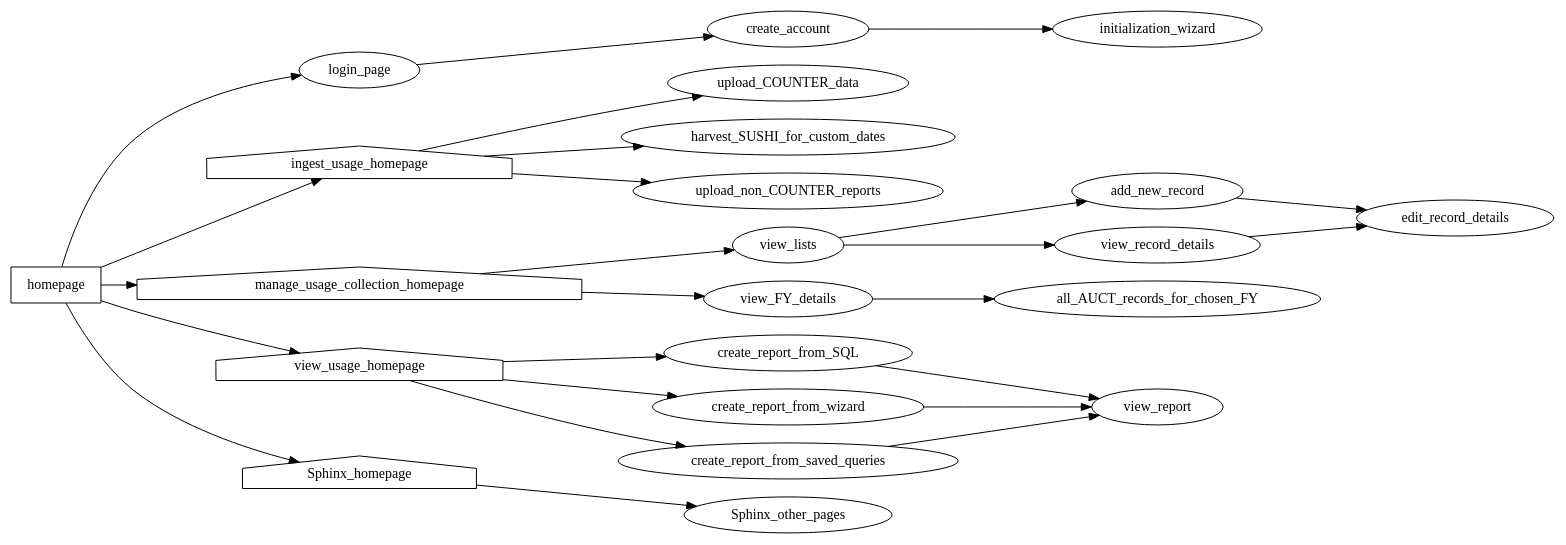
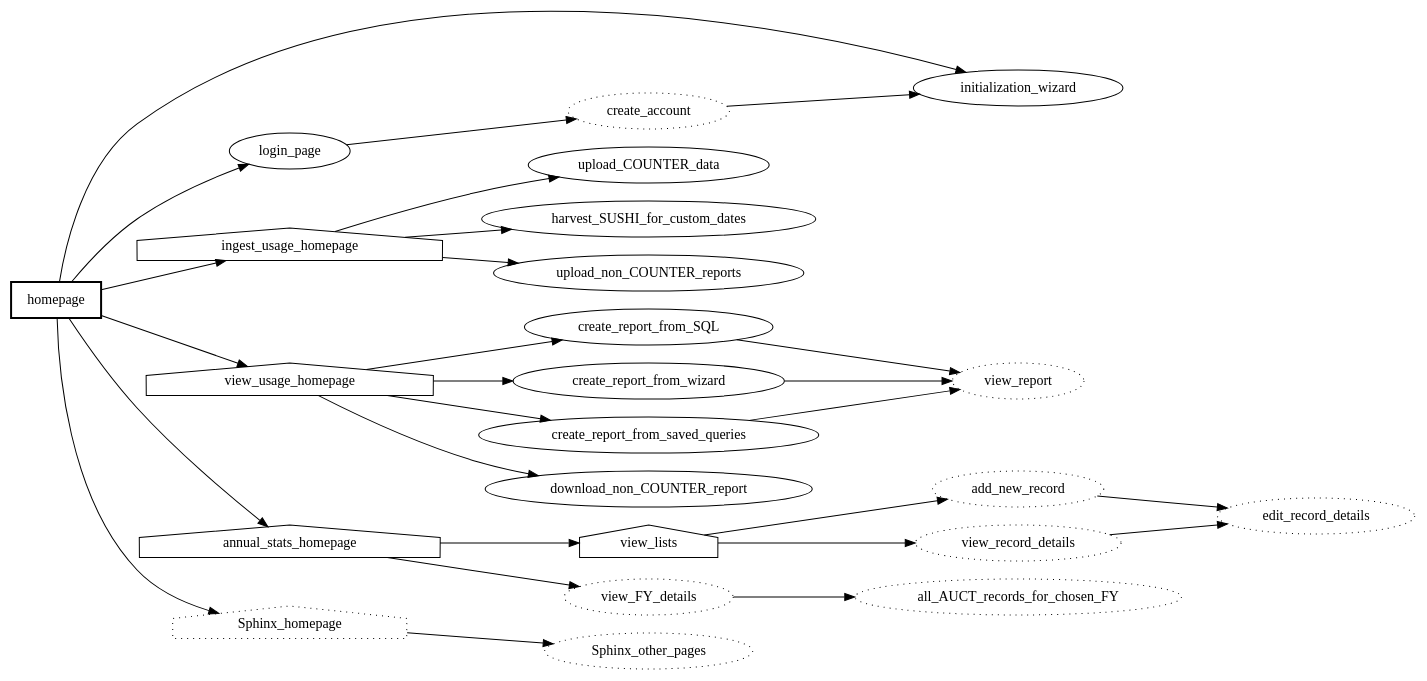
The diagram in docs/source/sitemap.dot (ereiskind/nolcat), drawn with Graphviz before and after one commit.

Commit message:
Update sitemap

```diff
--- a/docs/source/sitemap.dot
+++ b/docs/source/sitemap.dot
@@ -1,77 +1,83 @@
 digraph nolcat_sitemap {
     /* *** NoLCAT SITEMAP *** */
     rankdir=LR
+    /*
+        Dotted = page not yet created
+        House = blueprint homepage
+    */
 
 
     /* *** Main NoLCAT Folder *** */
-    homepage [shape="box"]
+    homepage [shape="box" style="bold"]
+        homepage -> initialization_wizard
         homepage -> login_page
         homepage -> ingest_usage_homepage
-        homepage -> manage_usage_collection_homepage
         homepage -> view_usage_homepage
+        homepage -> annual_stats_homepage
         homepage -> Sphinx_homepage
 
 
-    /* *** `login` Blueprint *** */
-    login_page
-        login_page -> create_account
-    // Account creation may not be needed--a single set of credentials for each user type may be created instead
-    create_account
-        create_account -> initialization_wizard // Page in `ingest` section; linkage because program will request data for database initialization upon creation of first account
-    // And any other pages needed for authentication
-
-
-    /* *** `initialization` Blueprint *** */
-    initialization_wizard
+    /* *** `annual_stats` Blueprint *** */
+    annual_stats_homepage [shape="house"]
+        annual_stats_homepage -> view_lists
+        annual_stats_homepage -> view_FY_details // The FY for which the details will be shown is selected before going to the page
+    view_FY_details [style="dotted"]
+        view_FY_details -> all_AUCT_records_for_chosen_FY
+    all_AUCT_records_for_chosen_FY [style="dotted"]
 
 
     /* *** `ingest_usage` Blueprint *** */
     ingest_usage_homepage [shape="house"]
         ingest_usage_homepage -> upload_COUNTER_data
         ingest_usage_homepage -> harvest_SUSHI_for_custom_dates
         ingest_usage_homepage -> upload_non_COUNTER_reports
     upload_COUNTER_data
     harvest_SUSHI_for_custom_dates
     upload_non_COUNTER_reports
 
 
-    /* *** `annual_stats` Blueprint *** */
-    manage_usage_collection_homepage [shape="house"]
-        manage_usage_collection_homepage -> view_lists
-        manage_usage_collection_homepage -> view_FY_details // The FY for which the details will be shown is selected before going to the page
-    view_FY_details
-        view_FY_details -> all_AUCT_records_for_chosen_FY
-    all_AUCT_records_for_chosen_FY
+    /* *** `initialization` Blueprint *** */
+    initialization_wizard
+
+
+    /* *** `login` Blueprint *** */
+    login_page
+        login_page -> create_account
+    // Account creation may not be needed--a single set of credentials for each user type may be created instead
+    create_account [style="dotted"]
+        create_account -> initialization_wizard // Page in `ingest` section; linkage because program will request data for database initialization upon creation of first account
+    // And any other pages needed for authentication
 
 
     /* *** `view_lists` Blueprint *** */
     // StatisticsSources, ResourceSources, and Vendors are similar enough in structure and purpose that the same Flask logic and Jinja templates can be used
-    view_lists
+    view_lists [shape="house"]
         view_lists -> add_new_record
         view_lists -> view_record_details
-    add_new_record
+    add_new_record [style="dotted"]
         add_new_record -> edit_record_details // To provide info for the new source
-    view_record_details
+    view_record_details [style="dotted"]
         view_record_details -> edit_record_details
-    edit_record_details // Includes adding or editing notes
+    edit_record_details [style="dotted"] // Includes adding or editing notes
 
 
     /* *** `view_usage` Blueprint *** */
     view_usage_homepage [shape="house"]
         view_usage_homepage -> create_report_from_SQL
         view_usage_homepage -> create_report_from_wizard
         view_usage_homepage -> create_report_from_saved_queries
-    create_report_from_SQL // Runs a custom SQL statement against the database
+        view_usage_homepage -> download_non_COUNTER_report
+    create_report_from_SQL
         create_report_from_SQL -> view_report
-    create_report_from_wizard // GUI options are used to write SQL behind the scenes
+    create_report_from_wizard
         create_report_from_wizard -> view_report
-    create_report_from_saved_queries // SQL statements that are either complete or only ask for one input for commonly asked questions
+    create_report_from_saved_queries
         create_report_from_saved_queries -> view_report
-    view_report
+    view_report [style="dotted"]
 
 
     /* *** Sphinx *** */
-    Sphinx_homepage [shape="house"]
+    Sphinx_homepage [shape="house" style="dotted"]
         Sphinx_homepage -> Sphinx_other_pages
-    Sphinx_other_pages // Use Sphinx itself for site organization
+    Sphinx_other_pages [style="dotted"] // Use Sphinx itself for site organization
 }
```
